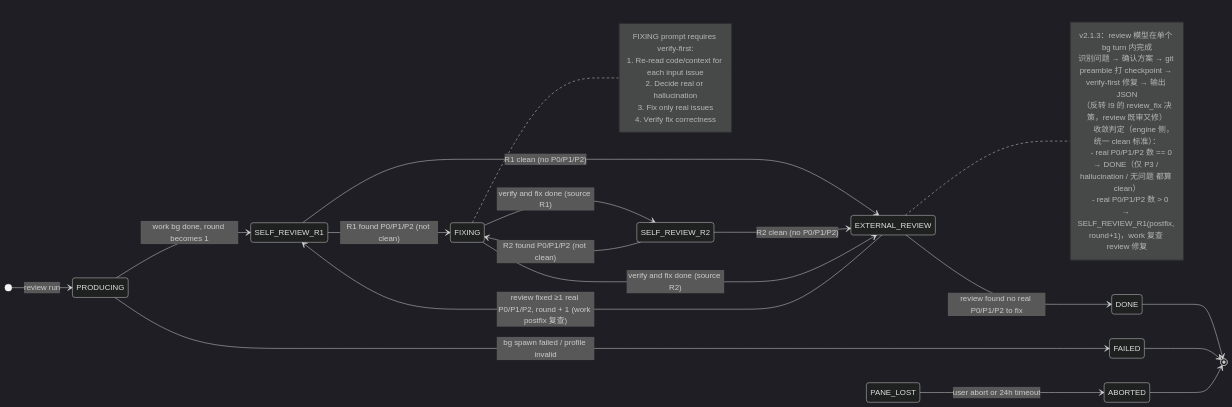
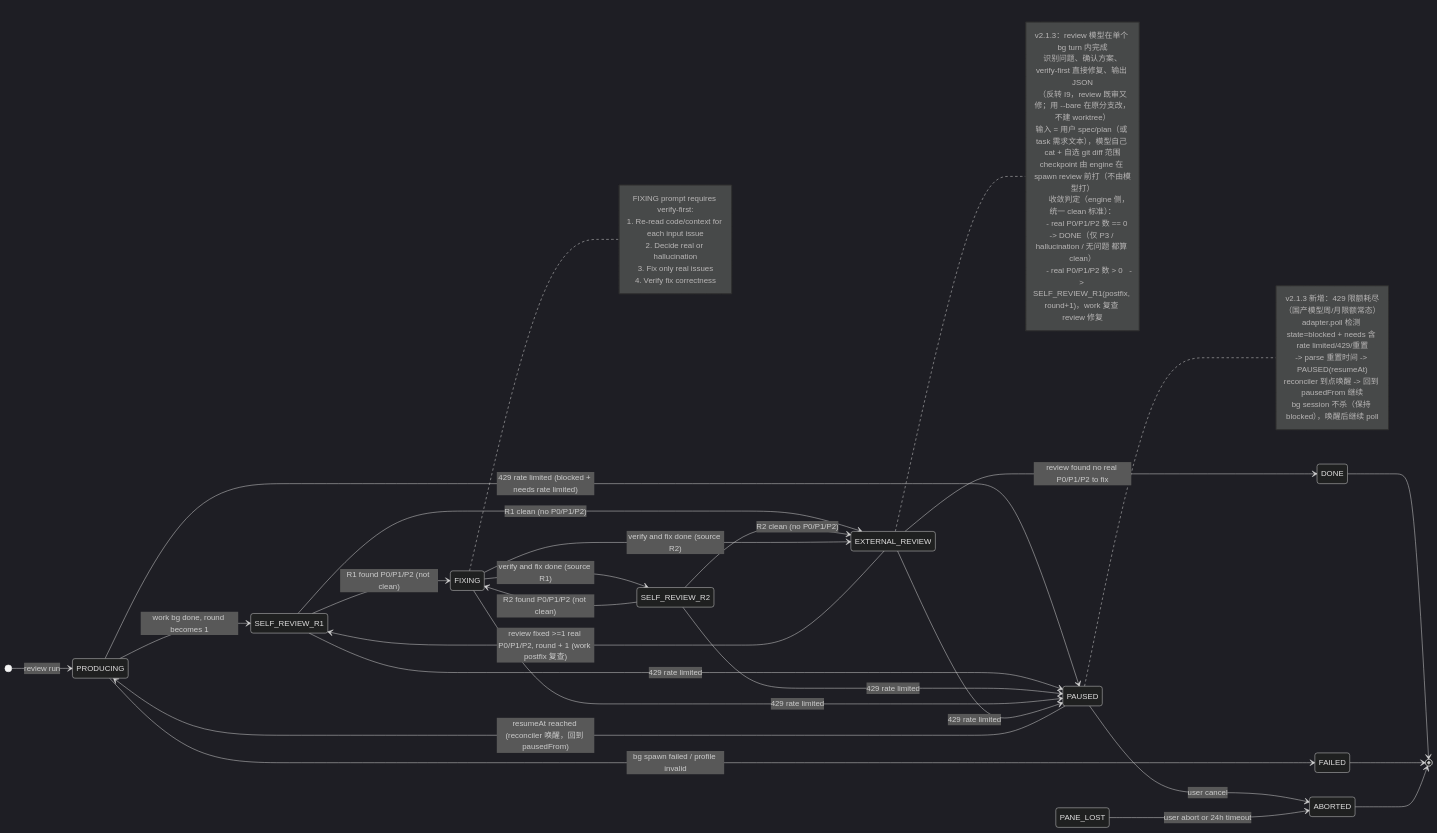
One commit to yujuntea/cc-linker changed the first of 2 diagrams in docs/superpowers/specs/review-engine-v2.1.1/state-machine.md. Above: the diagram before and after it, drawn with Mermaid (dark theme). The commit also changed other lines of this file and 4 other files, not shown here.

First line of the commit message:
docs(review-engine): v2.1.3 实测修正 - --bare/PAUSED/删 cost/spec-plan review

````diff
--- a/docs/superpowers/specs/review-engine-v2.1.1/state-machine.md
+++ b/docs/superpowers/specs/review-engine-v2.1.1/state-machine.md
@@ -180,41 +195,59 @@
 ```mermaid
 stateDiagram-v2
     direction LR
 
     [*] --> PRODUCING : review run
 
     PRODUCING --> FAILED : bg spawn failed / profile invalid
     PRODUCING --> SELF_REVIEW_R1 : work bg done, round becomes 1
     SELF_REVIEW_R1 --> FIXING : R1 found P0/P1/P2 (not clean)
     SELF_REVIEW_R1 --> EXTERNAL_REVIEW : R1 clean (no P0/P1/P2)
     FIXING --> SELF_REVIEW_R2 : verify and fix done (source R1)
     SELF_REVIEW_R2 --> FIXING : R2 found P0/P1/P2 (not clean)
     SELF_REVIEW_R2 --> EXTERNAL_REVIEW : R2 clean (no P0/P1/P2)
     FIXING --> EXTERNAL_REVIEW : verify and fix done (source R2)
     EXTERNAL_REVIEW --> DONE : review found no real P0/P1/P2 to fix
-    EXTERNAL_REVIEW --> SELF_REVIEW_R1 : review fixed ≥1 real P0/P1/P2, round + 1 (work postfix 复查)
+    EXTERNAL_REVIEW --> SELF_REVIEW_R1 : review fixed >=1 real P0/P1/P2, round + 1 (work postfix 复查)
+
+    PRODUCING --> PAUSED : 429 rate limited (blocked + needs rate limited)
+    SELF_REVIEW_R1 --> PAUSED : 429 rate limited
+    SELF_REVIEW_R2 --> PAUSED : 429 rate limited
+    FIXING --> PAUSED : 429 rate limited
+    EXTERNAL_REVIEW --> PAUSED : 429 rate limited
+    PAUSED --> PRODUCING : resumeAt reached (reconciler 唤醒，回到 pausedFrom)
+    PAUSED --> ABORTED : user cancel
 
     PANE_LOST --> ABORTED : user abort or 24h timeout
 
     DONE --> [*]
     FAILED --> [*]
     ABORTED --> [*]
 
     note right of FIXING
       FIXING prompt requires verify-first:
       1. Re-read code/context for each input issue
       2. Decide real or hallucination
       3. Fix only real issues
       4. Verify fix correctness
     end note
 
     note right of EXTERNAL_REVIEW
       v2.1.3：review 模型在单个 bg turn 内完成
-      识别问题 → 确认方案 → git preamble 打 checkpoint → verify-first 修复 → 输出 JSON
-      （反转 I9 的 review_fix 决策，review 既审又修）
+      识别问题、确认方案、verify-first 直接修复、输出 JSON
+      （反转 I9，review 既审又修；用 --bare 在原分支改，不建 worktree）
+      输入 = 用户 spec/plan（或 task 需求文本），模型自己 cat + 自选 git diff 范围
+      checkpoint 由 engine 在 spawn review 前打（不由模型打）
 
       收敛判定（engine 侧，统一 clean 标准）：
-      - real P0/P1/P2 数 == 0  → DONE（仅 P3 / hallucination / 无问题 都算 clean）
-      - real P0/P1/P2 数 > 0   → SELF_REVIEW_R1(postfix, round+1)，work 复查 review 修复
+      - real P0/P1/P2 数 == 0  -> DONE（仅 P3 / hallucination / 无问题 都算 clean）
+      - real P0/P1/P2 数 > 0   -> SELF_REVIEW_R1(postfix, round+1)，work 复查 review 修复
+    end note
+
+    note right of PAUSED
+      v2.1.3 新增：429 限额耗尽（国产模型周/月限额常态）
+      adapter.poll 检测 state=blocked + needs 含 rate limited/429/重置
+      -> parse 重置时间 -> PAUSED(resumeAt)
+      reconciler 到点唤醒 -> 回到 pausedFrom 继续
+      bg session 不杀（保持 blocked），唤醒后继续 poll
     end note
 ```
````
